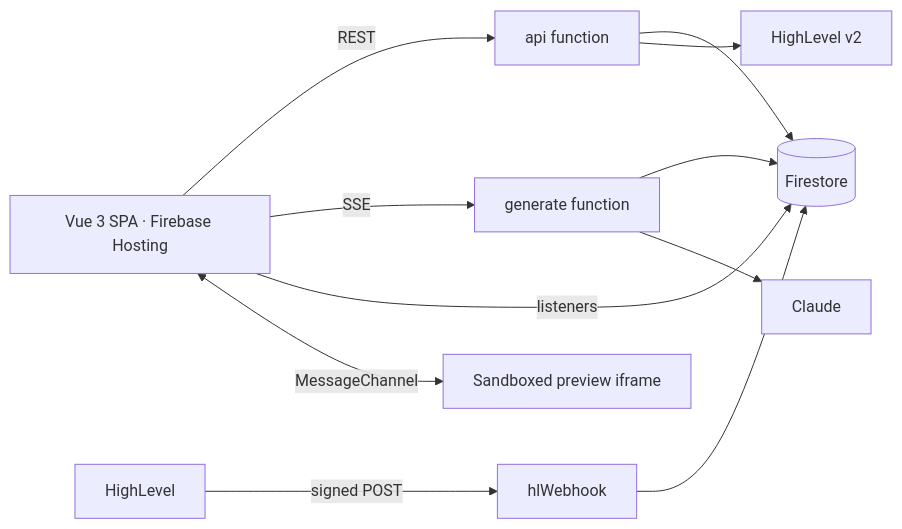
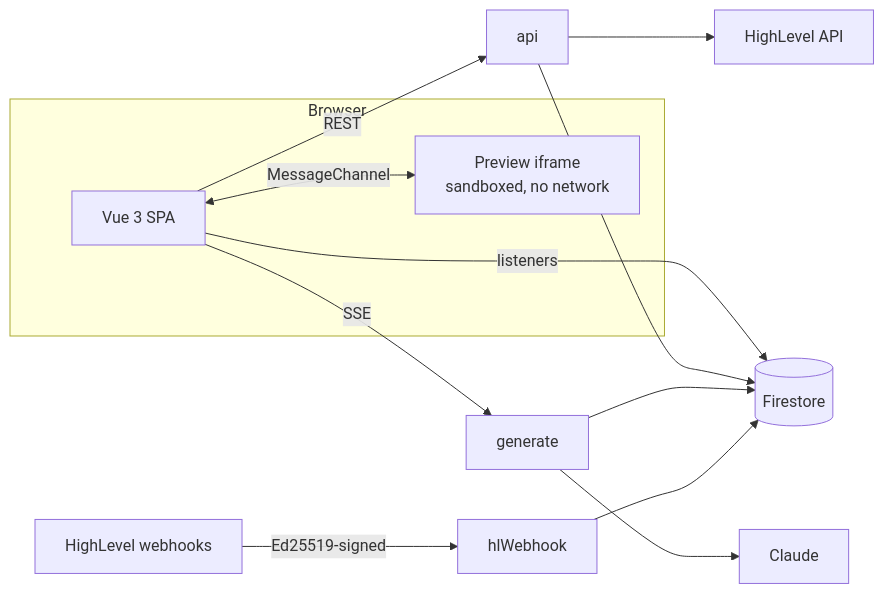
The diagram in README.md (adityabhatia17/genesis-assignment), drawn with Mermaid before and after one commit. The commit also changed other lines of this file and 8 other files, not shown here.

````diff
--- a/README.md
+++ b/README.md
@@ -22,12 +17,15 @@
 ```mermaid
 flowchart LR
-  SPA[Vue 3 SPA · Firebase Hosting] -- REST --> API[api function]
-  SPA -- SSE --> GEN[generate function]
-  HLW[HighLevel] -- signed POST --> WH[hlWebhook]
+  subgraph Browser
+    SPA[Vue 3 SPA]
+    PV[Preview iframe<br/>sandboxed, no network]
+  end
+  SPA <-- MessageChannel --> PV
+  SPA -- REST --> API[api]
+  SPA -- SSE --> GEN[generate]
   SPA -- listeners --> FS[(Firestore)]
+  API --> HL[HighLevel API]
+  GEN --> CL[Claude]
   API & GEN --> FS
-  WH --> FS
-  API --> HL[HighLevel v2]
-  GEN --> CL[Claude]
-  SPA <-- MessageChannel --> PV[Sandboxed preview iframe]
+  HLW[HighLevel webhooks] -- Ed25519-signed --> WH[hlWebhook] --> FS
 ```
````
